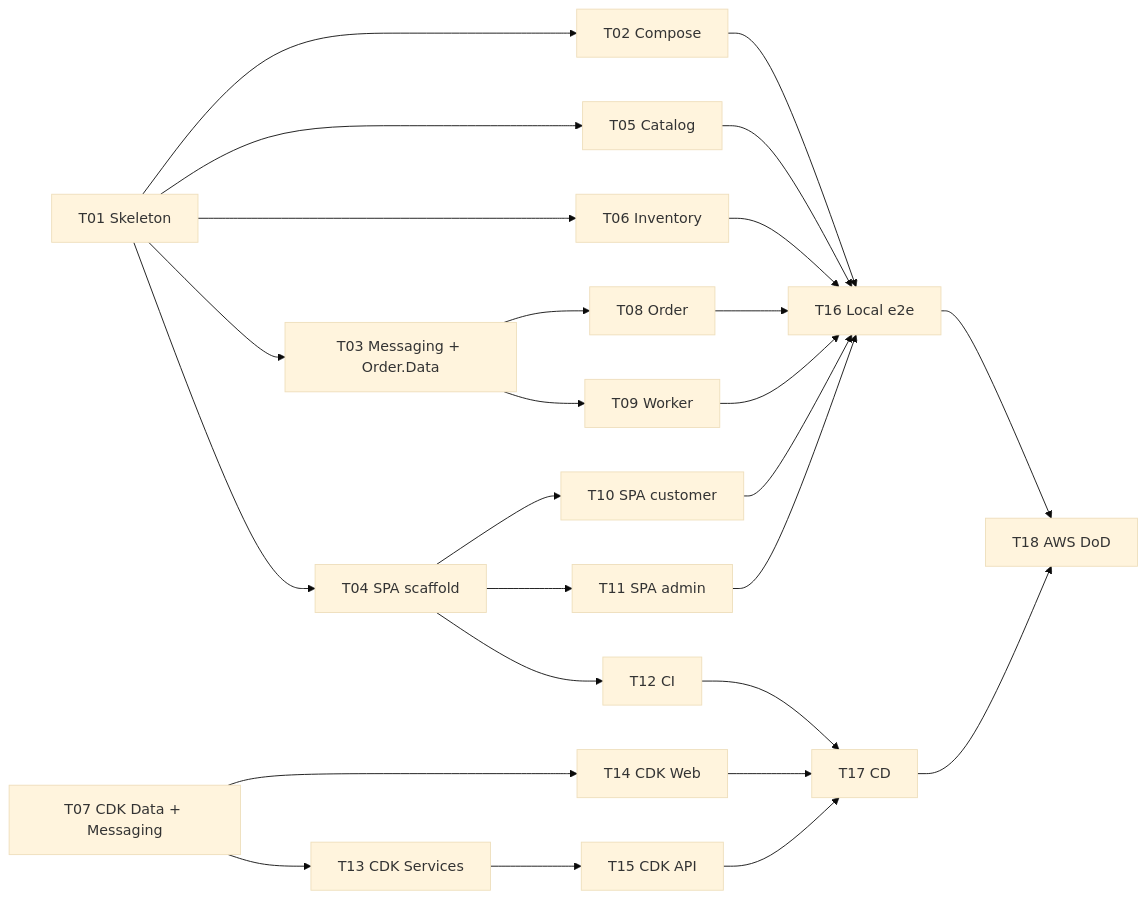
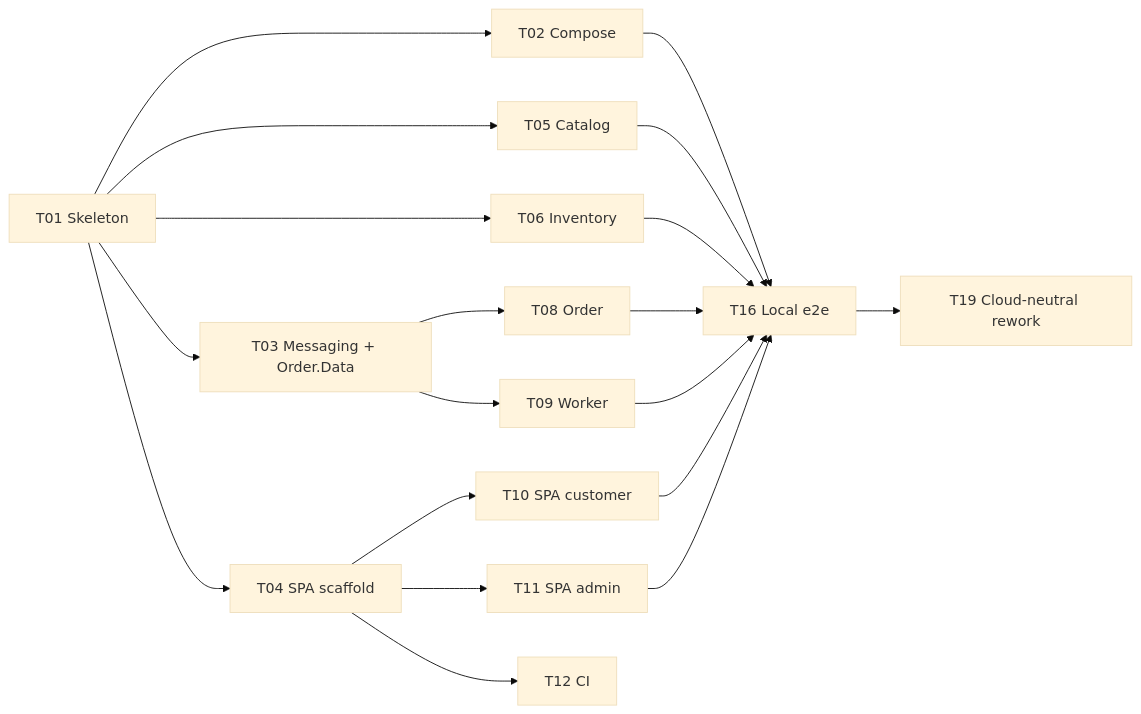
The diagram in tasks.md (devsuperman/SuperTickets), drawn with Mermaid (base theme) before and after one commit. The commit also changed other lines of this file and 38 other files, not shown here.

````diff
--- a/tasks.md
+++ b/tasks.md
@@ -7,12 +7,8 @@
 ```mermaid
 graph LR
   T01[T01 Skeleton] --> T02[T02 Compose] & T03[T03 Messaging + Order.Data] & T04[T04 SPA scaffold] & T05[T05 Catalog] & T06[T06 Inventory]
-  T07[T07 CDK Data + Messaging]
   T03 --> T08[T08 Order] & T09[T09 Worker]
   T04 --> T10[T10 SPA customer] & T11[T11 SPA admin] & T12[T12 CI]
-  T07 --> T13[T13 CDK Services] & T14[T14 CDK Web]
-  T13 --> T15[T15 CDK API]
   T02 & T05 & T06 & T08 & T09 & T10 & T11 --> T16[T16 Local e2e]
-  T12 & T14 & T15 --> T17[T17 CD]
-  T16 & T17 --> T18[T18 AWS DoD]
+  T16 --> T19[T19 Cloud-neutral rework]
 ```
````
